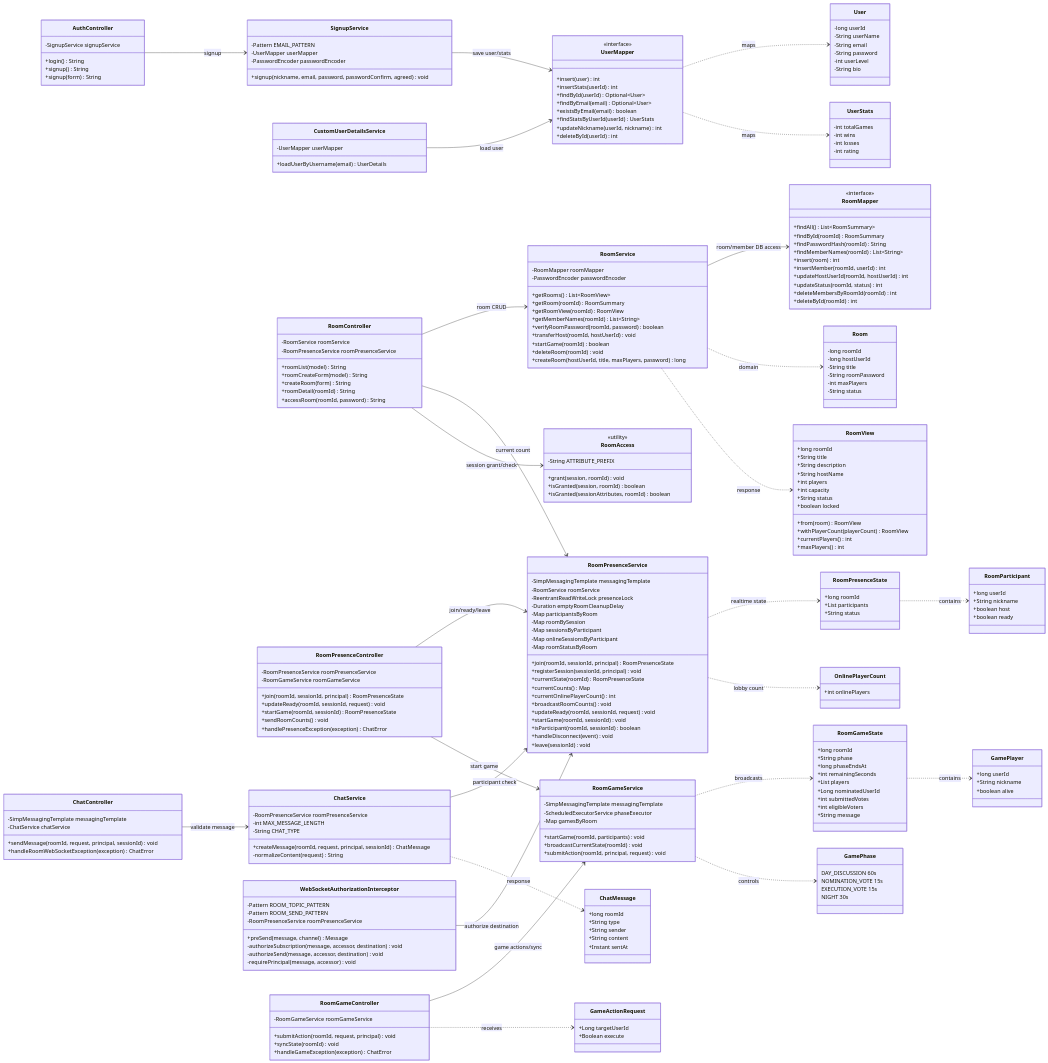
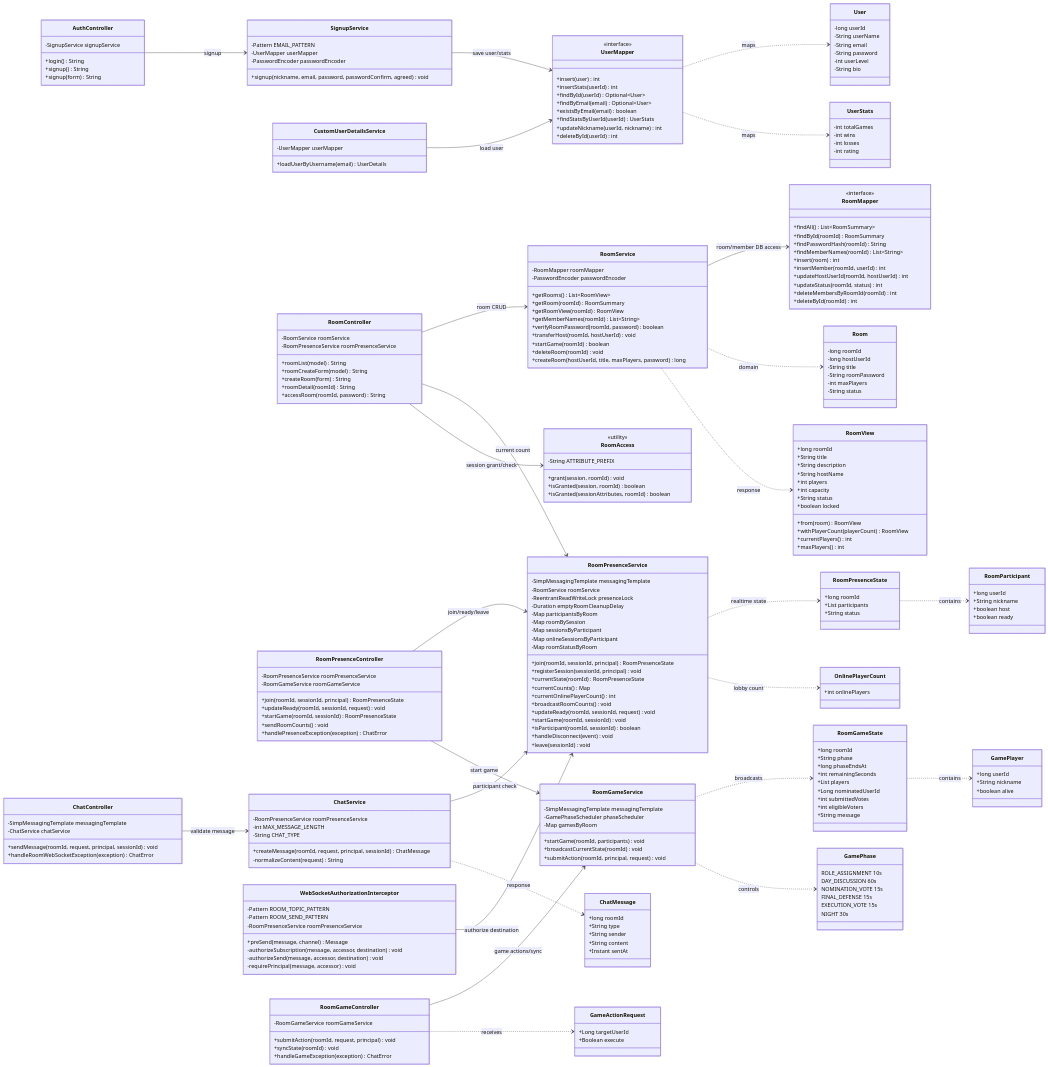
The first of 6 diagrams in docs/MAFIAGAME_MVP.md (yongminp42/mafiaweb), drawn with Mermaid before and after one commit. The commit also changed other lines of this file and 25 other files, not shown here.

```diff
--- a/docs/MAFIAGAME_MVP.md
+++ b/docs/MAFIAGAME_MVP.md
@@ -645,7 +652,7 @@
     }
     class RoomGameService {
         -SimpMessagingTemplate messagingTemplate
-        -ScheduledExecutorService phaseExecutor
+        -GamePhaseScheduler phaseScheduler
         -Map gamesByRoom
         +startGame(roomId, participants) void
         +broadcastCurrentState(roomId) void
@@ -658,8 +665,10 @@
         +handleGameException(exception) ChatError
     }
     class GamePhase {
+        ROLE_ASSIGNMENT 10s
         DAY_DISCUSSION 60s
         NOMINATION_VOTE 15s
+        FINAL_DEFENSE 15s
         EXECUTION_VOTE 15s
         NIGHT 30s
     }
```
